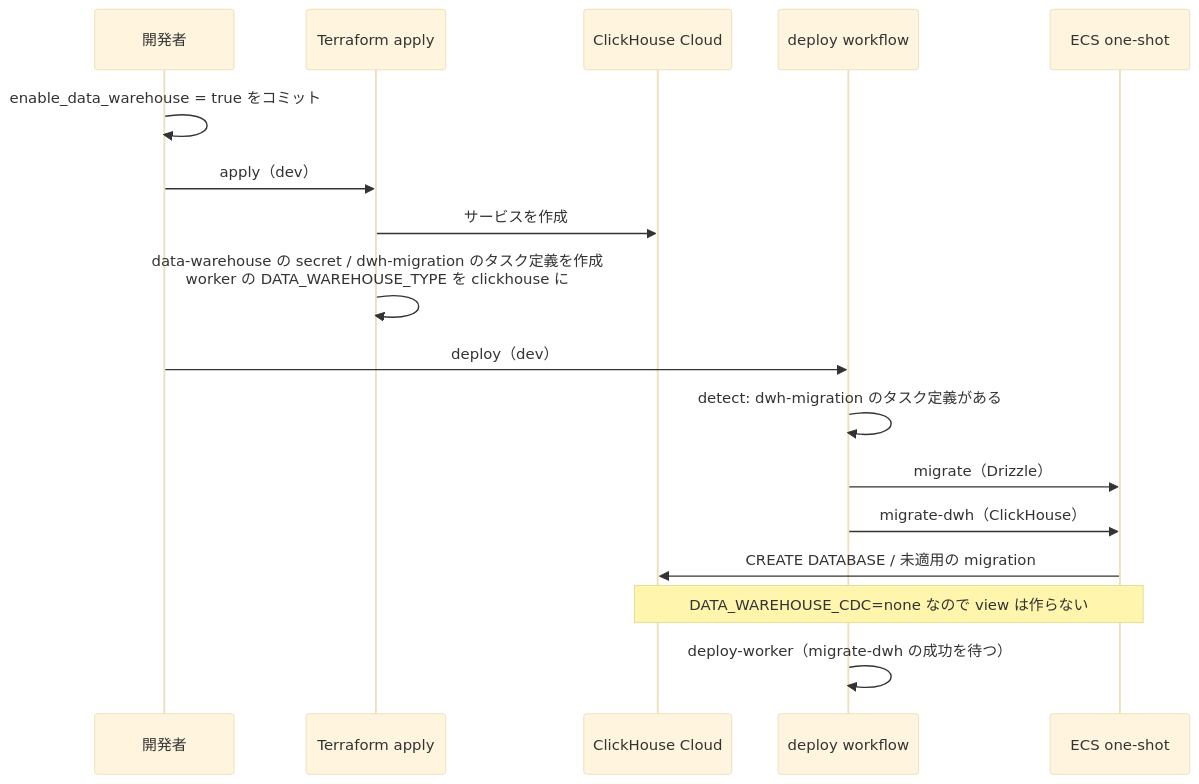
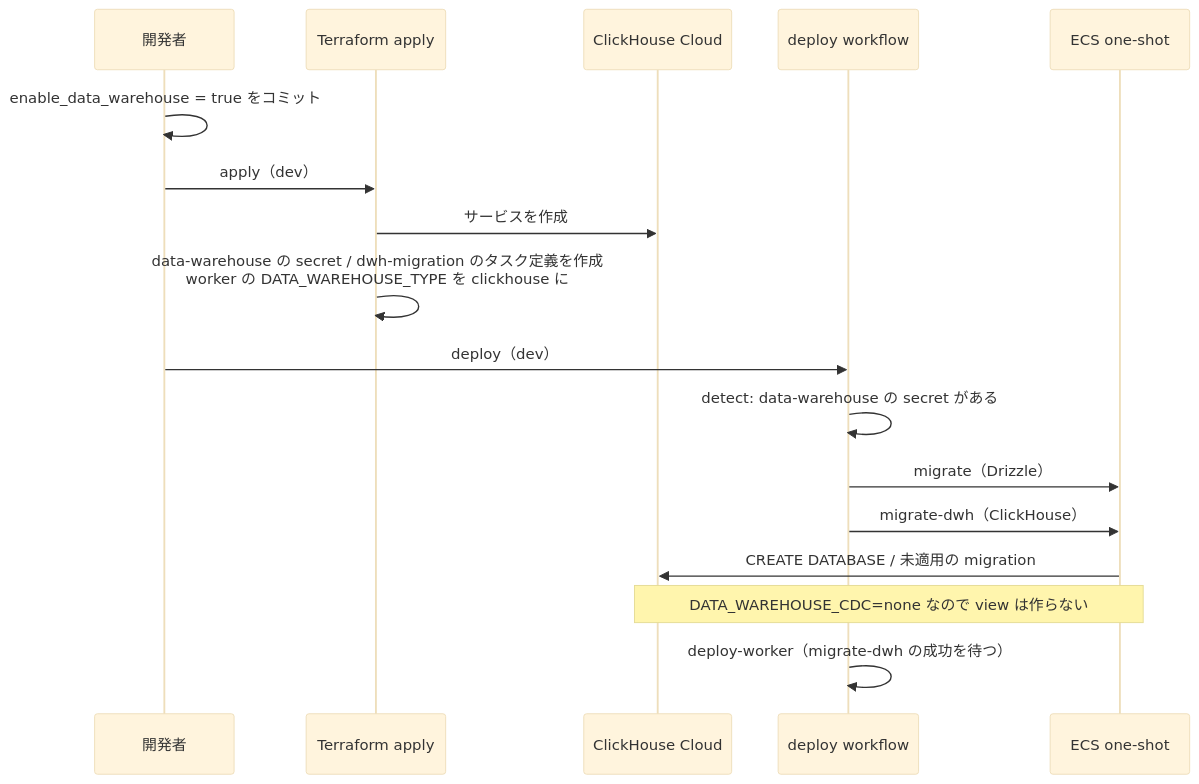
One commit to kentakki416/project-template changed the fourth of 5 diagrams in docs/spec/clickhouse-migration/README.md. Above: the diagram before and after it, drawn with Mermaid (base theme). The commit also changed other lines of this file and 2 other files, not shown here.

First line of the commit message:
docs(clickhouse-migration): deploy の判定を ClickHouse の接続情報の secret の有無に変える

````diff
--- a/docs/spec/clickhouse-migration/README.md
+++ b/docs/spec/clickhouse-migration/README.md
@@ -431,20 +433,20 @@
 ```mermaid
 sequenceDiagram
     participant Dev as 開発者
     participant TF as Terraform apply
     participant CH as ClickHouse Cloud
     participant GA as deploy workflow
     participant ECS as ECS one-shot
 
     Dev->>Dev: enable_data_warehouse = true をコミット
     Dev->>TF: apply（dev）
     TF->>CH: サービスを作成
     TF->>TF: data-warehouse の secret / dwh-migration のタスク定義を作成<br/>worker の DATA_WAREHOUSE_TYPE を clickhouse に
     Dev->>GA: deploy（dev）
-    GA->>GA: detect: dwh-migration のタスク定義がある
+    GA->>GA: detect: data-warehouse の secret がある
     GA->>ECS: migrate（Drizzle）
     GA->>ECS: migrate-dwh（ClickHouse）
     ECS->>CH: CREATE DATABASE / 未適用の migration
     Note over ECS,CH: DATA_WAREHOUSE_CDC=none なので view は作らない
     GA->>GA: deploy-worker（migrate-dwh の成功を待つ）
 ```
````
